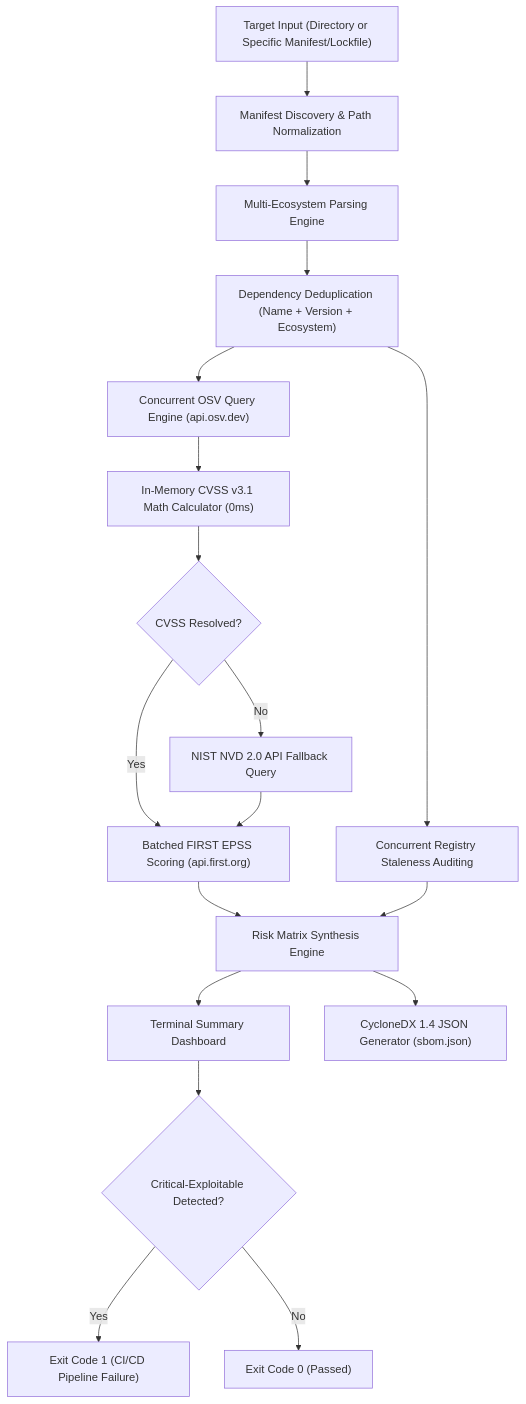
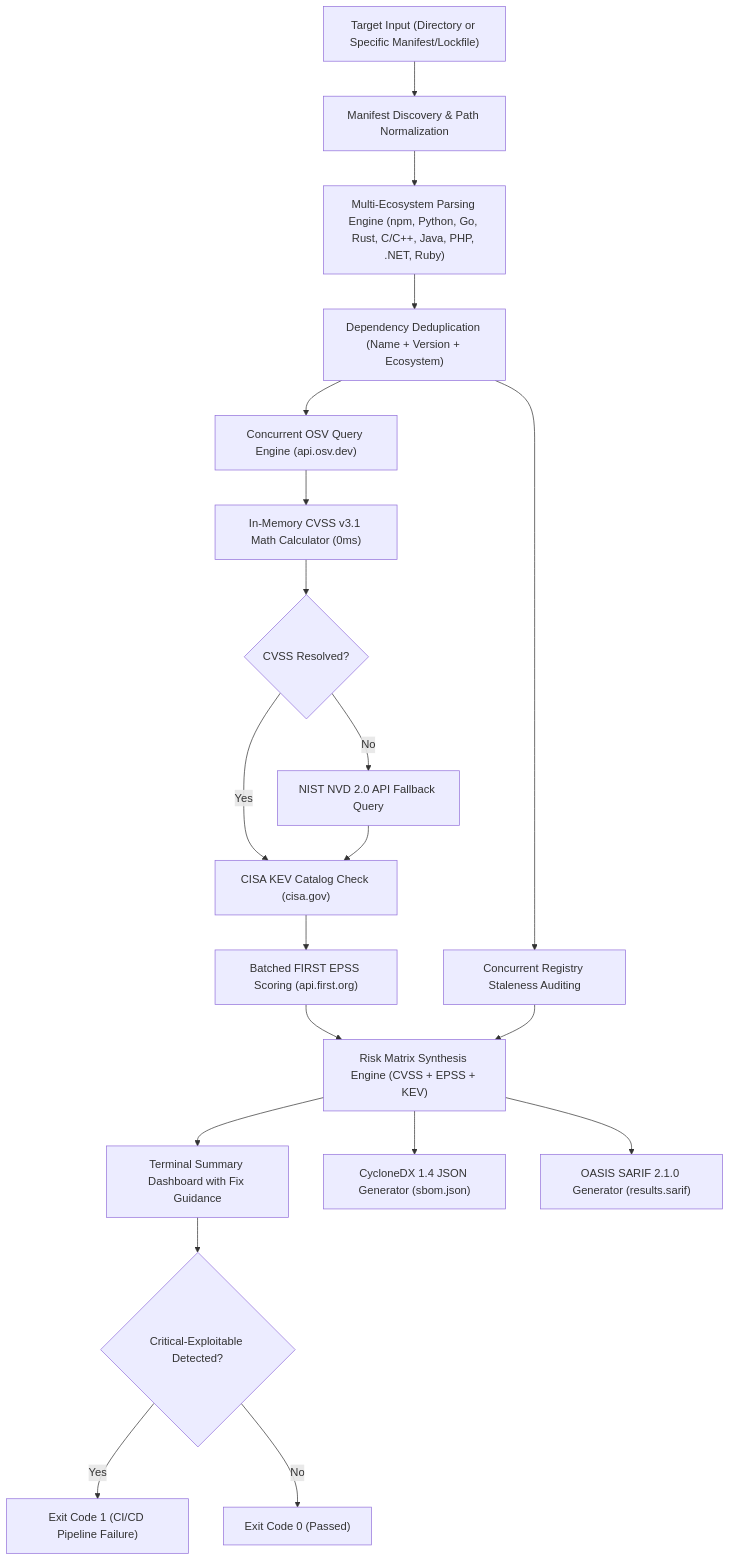
One commit to nyumuharon/dependency-tracker changed the diagram in README.md. Above: the diagram before and after it, drawn with Mermaid. The commit also changed other lines of this file and 15 other files, not shown here.

````diff
--- a/README.md
+++ b/README.md
@@ -43,23 +47,25 @@
 ```mermaid
 flowchart TD
     Target["Target Input (Directory or Specific Manifest/Lockfile)"] --> Discover["Manifest Discovery & Path Normalization"]
-    Discover --> Parse["Multi-Ecosystem Parsing Engine"]
+    Discover --> Parse["Multi-Ecosystem Parsing Engine (npm, Python, Go, Rust, C/C++, Java, PHP, .NET, Ruby)"]
     Parse --> Dedupe["Dependency Deduplication (Name + Version + Ecosystem)"]
     
     Dedupe --> OSV["Concurrent OSV Query Engine (api.osv.dev)"]
     Dedupe --> Stale["Concurrent Registry Staleness Auditing"]
     
     OSV --> LocalCVSS["In-Memory CVSS v3.1 Math Calculator (0ms)"]
     LocalCVSS --> NVDCheck{"CVSS Resolved?"}
     NVDCheck -->|No| NVDFallback["NIST NVD 2.0 API Fallback Query"]
-    NVDCheck -->|Yes| EPSS["Batched FIRST EPSS Scoring (api.first.org)"]
-    NVDFallback --> EPSS
+    NVDCheck -->|Yes| KEVCheck["CISA KEV Catalog Check (cisa.gov)"]
+    NVDFallback --> KEVCheck
+    KEVCheck --> EPSS["Batched FIRST EPSS Scoring (api.first.org)"]
     
-    EPSS & Stale --> Scoring["Risk Matrix Synthesis Engine"]
-    Scoring --> Report["Terminal Summary Dashboard"]
+    EPSS & Stale --> Scoring["Risk Matrix Synthesis Engine (CVSS + EPSS + KEV)"]
+    Scoring --> Report["Terminal Summary Dashboard with Fix Guidance"]
     Scoring --> SBOM["CycloneDX 1.4 JSON Generator (sbom.json)"]
+    Scoring --> SARIF["OASIS SARIF 2.1.0 Generator (results.sarif)"]
     
     Report --> Gate{"Critical-Exploitable Detected?"}
     Gate -->|Yes| ExitFail["Exit Code 1 (CI/CD Pipeline Failure)"]
     Gate -->|No| ExitPass["Exit Code 0 (Passed)"]
 ```
````
